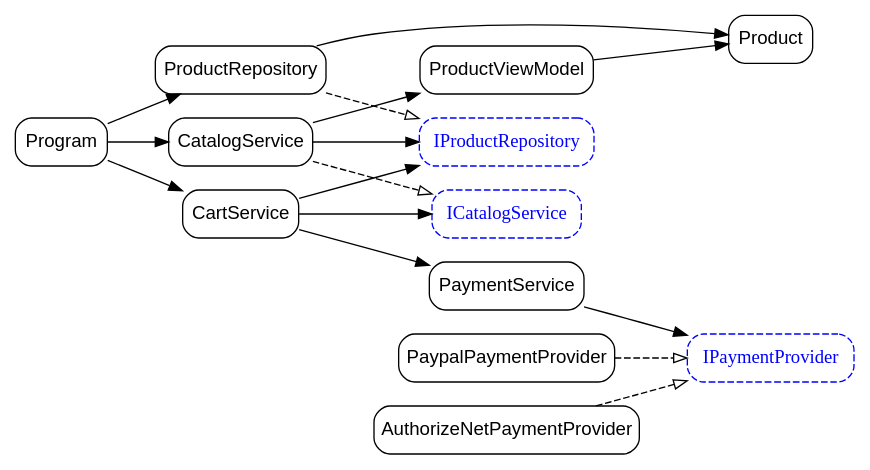
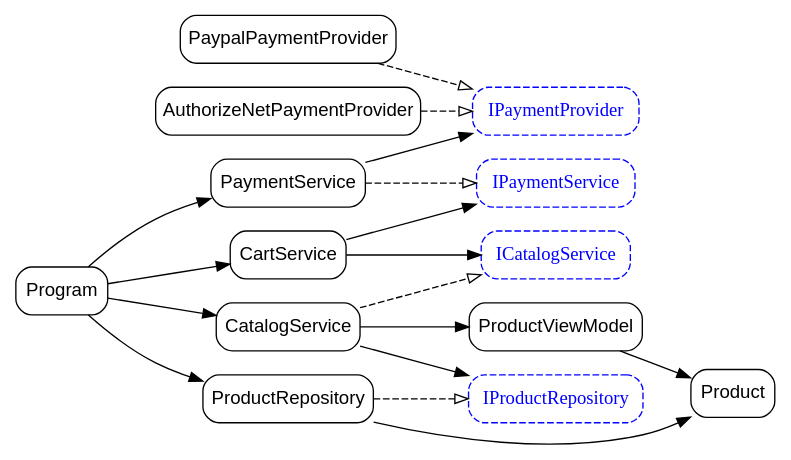
The diagram in class-dependencies.dot (valadas/DependencyInjectionDemo), drawn with Graphviz before and after one commit. The commit also changed 4 other files, not shown here.

Commit message:
Reversed dependencies on PaymentService

```diff
--- a/class-dependencies.dot
+++ b/class-dependencies.dot
@@ -1,32 +1,34 @@
 digraph ClassDependencies {
     rankdir=LR;
     node [shape=box, style=rounded, fontname="Arial"];
-        "DependencyInjectionDemo.Services.Catalog.Data.Repositories.IProductRepository" [label="IProductRepository", style="dashed,rounded", fontname="Arial Italic", color="blue", fontcolor="blue"];
-    "DependencyInjectionDemo.Services.Payment.Providers.PaypalPaymentProvider" [label="PaypalPaymentProvider"];
-    "DependencyInjectionDemo.Services.Payment.Providers.AuthorizeNetPaymentProvider" [label="AuthorizeNetPaymentProvider"];
+        "DependencyInjectionDemo.Services.Catalog.Data.Entiities.Product" [label="Product"];
     "DependencyInjectionDemo.Services.Catalog.Data.ViewModels.ProductViewModel" [label="ProductViewModel"];
-    "DependencyInjectionDemo.Program" [label="Program"];
-    "DependencyInjectionDemo.Services.Payment.Providers.IPaymentProvider" [label="IPaymentProvider", style="dashed,rounded", fontname="Arial Italic", color="blue", fontcolor="blue"];
-    "DependencyInjectionDemo.Services.Catalog.Data.Entiities.Product" [label="Product"];
-    "DependencyInjectionDemo.Services.Payment.PaymentService" [label="PaymentService"];
-    "DependencyInjectionDemo.Services.Catalog.Data.Repositories.ProductRepository" [label="ProductRepository"];
-    "DependencyInjectionDemo.Services.Cart.CartService" [label="CartService"];
     "DependencyInjectionDemo.Services.Catalog.ICatalogService" [label="ICatalogService", style="dashed,rounded", fontname="Arial Italic", color="blue", fontcolor="blue"];
     "DependencyInjectionDemo.Services.Catalog.CatalogService" [label="CatalogService"];
+    "DependencyInjectionDemo.Services.Payment.Providers.PaypalPaymentProvider" [label="PaypalPaymentProvider"];
+    "DependencyInjectionDemo.Services.Payment.IPaymentService" [label="IPaymentService", style="dashed,rounded", fontname="Arial Italic", color="blue", fontcolor="blue"];
+    "DependencyInjectionDemo.Program" [label="Program"];
+    "DependencyInjectionDemo.Services.Catalog.Data.Repositories.IProductRepository" [label="IProductRepository", style="dashed,rounded", fontname="Arial Italic", color="blue", fontcolor="blue"];
+    "DependencyInjectionDemo.Services.Catalog.Data.Repositories.ProductRepository" [label="ProductRepository"];
+    "DependencyInjectionDemo.Services.Payment.Providers.AuthorizeNetPaymentProvider" [label="AuthorizeNetPaymentProvider"];
+    "DependencyInjectionDemo.Services.Cart.CartService" [label="CartService"];
+    "DependencyInjectionDemo.Services.Payment.PaymentService" [label="PaymentService"];
+    "DependencyInjectionDemo.Services.Payment.Providers.IPaymentProvider" [label="IPaymentProvider", style="dashed,rounded", fontname="Arial Italic", color="blue", fontcolor="blue"];
 
     "DependencyInjectionDemo.Services.Catalog.Data.ViewModels.ProductViewModel" -> "DependencyInjectionDemo.Services.Catalog.Data.Entiities.Product";
+    "DependencyInjectionDemo.Services.Catalog.CatalogService" -> "DependencyInjectionDemo.Services.Catalog.Data.Repositories.IProductRepository";
+    "DependencyInjectionDemo.Services.Catalog.CatalogService" -> "DependencyInjectionDemo.Services.Catalog.Data.ViewModels.ProductViewModel";
     "DependencyInjectionDemo.Program" -> "DependencyInjectionDemo.Services.Catalog.Data.Repositories.ProductRepository";
     "DependencyInjectionDemo.Program" -> "DependencyInjectionDemo.Services.Catalog.CatalogService";
+    "DependencyInjectionDemo.Program" -> "DependencyInjectionDemo.Services.Payment.PaymentService";
     "DependencyInjectionDemo.Program" -> "DependencyInjectionDemo.Services.Cart.CartService";
+    "DependencyInjectionDemo.Services.Catalog.Data.Repositories.ProductRepository" -> "DependencyInjectionDemo.Services.Catalog.Data.Entiities.Product";
+    "DependencyInjectionDemo.Services.Cart.CartService" -> "DependencyInjectionDemo.Services.Catalog.ICatalogService";
+    "DependencyInjectionDemo.Services.Cart.CartService" -> "DependencyInjectionDemo.Services.Payment.IPaymentService";
     "DependencyInjectionDemo.Services.Payment.PaymentService" -> "DependencyInjectionDemo.Services.Payment.Providers.IPaymentProvider";
-    "DependencyInjectionDemo.Services.Catalog.Data.Repositories.ProductRepository" -> "DependencyInjectionDemo.Services.Catalog.Data.Entiities.Product";
-    "DependencyInjectionDemo.Services.Cart.CartService" -> "DependencyInjectionDemo.Services.Catalog.Data.Repositories.IProductRepository";
-    "DependencyInjectionDemo.Services.Cart.CartService" -> "DependencyInjectionDemo.Services.Catalog.ICatalogService";
-    "DependencyInjectionDemo.Services.Cart.CartService" -> "DependencyInjectionDemo.Services.Payment.PaymentService";
-    "DependencyInjectionDemo.Services.Catalog.CatalogService" -> "DependencyInjectionDemo.Services.Catalog.Data.Repositories.IProductRepository";
-    "DependencyInjectionDemo.Services.Catalog.CatalogService" -> "DependencyInjectionDemo.Services.Catalog.Data.ViewModels.ProductViewModel";
+    "DependencyInjectionDemo.Services.Catalog.CatalogService" -> "DependencyInjectionDemo.Services.Catalog.ICatalogService" [arrowhead="empty", style="dashed"];
     "DependencyInjectionDemo.Services.Payment.Providers.PaypalPaymentProvider" -> "DependencyInjectionDemo.Services.Payment.Providers.IPaymentProvider" [arrowhead="empty", style="dashed"];
+    "DependencyInjectionDemo.Services.Catalog.Data.Repositories.ProductRepository" -> "DependencyInjectionDemo.Services.Catalog.Data.Repositories.IProductRepository" [arrowhead="empty", style="dashed"];
     "DependencyInjectionDemo.Services.Payment.Providers.AuthorizeNetPaymentProvider" -> "DependencyInjectionDemo.Services.Payment.Providers.IPaymentProvider" [arrowhead="empty", style="dashed"];
-    "DependencyInjectionDemo.Services.Catalog.Data.Repositories.ProductRepository" -> "DependencyInjectionDemo.Services.Catalog.Data.Repositories.IProductRepository" [arrowhead="empty", style="dashed"];
-    "DependencyInjectionDemo.Services.Catalog.CatalogService" -> "DependencyInjectionDemo.Services.Catalog.ICatalogService" [arrowhead="empty", style="dashed"];
+    "DependencyInjectionDemo.Services.Payment.PaymentService" -> "DependencyInjectionDemo.Services.Payment.IPaymentService" [arrowhead="empty", style="dashed"];
 }
```
